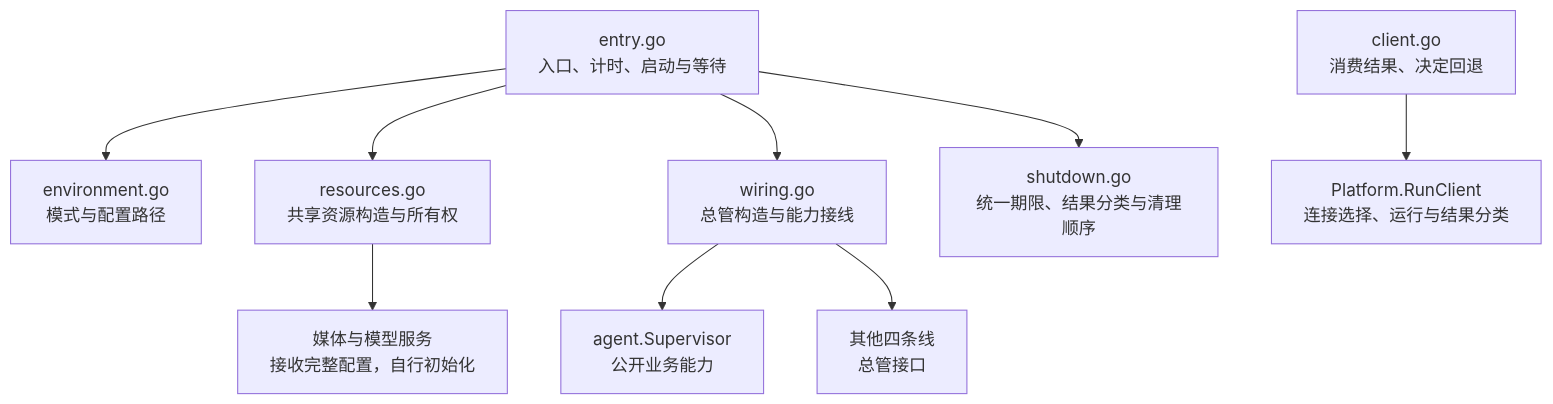
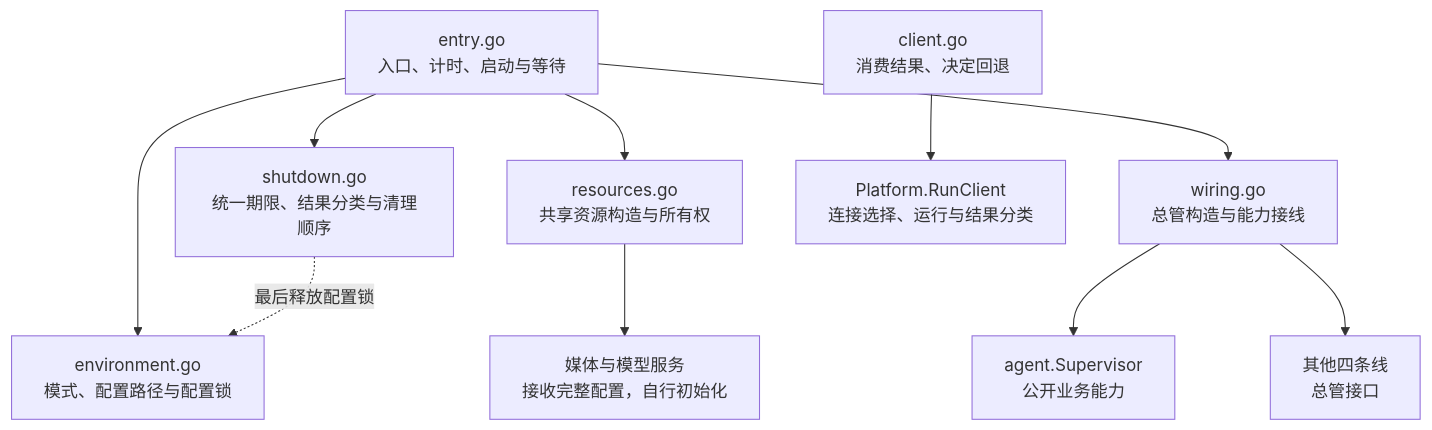
One commit to Elflare/elbot changed the diagram in devdocs/app-design.md. Above: the diagram before and after it, drawn with Mermaid. The commit also changed other lines of this file and 10 other files, not shown here.

````diff
--- a/devdocs/app-design.md
+++ b/devdocs/app-design.md
@@ -18,11 +18,12 @@
 ```mermaid
 flowchart TB
-    E["entry.go<br/>入口、计时、启动与等待"] --> ENV["environment.go<br/>模式与配置路径"]
+    E["entry.go<br/>入口、计时、启动与等待"] --> ENV["environment.go<br/>模式、配置路径与配置锁"]
     E --> R["resources.go<br/>共享资源构造与所有权"]
     E --> W["wiring.go<br/>总管构造与能力接线"]
     E --> S["shutdown.go<br/>统一期限、结果分类与清理顺序"]
+    S -.->|最后释放配置锁| ENV
     R --> M["媒体与模型服务<br/>接收完整配置，自行初始化"]
     W --> A["agent.Supervisor<br/>公开业务能力"]
     W --> O["其他四条线<br/>总管接口"]
     C["client.go<br/>消费结果、决定回退"] --> P["Platform.RunClient<br/>连接选择、运行与结果分类"]
 ```
````
